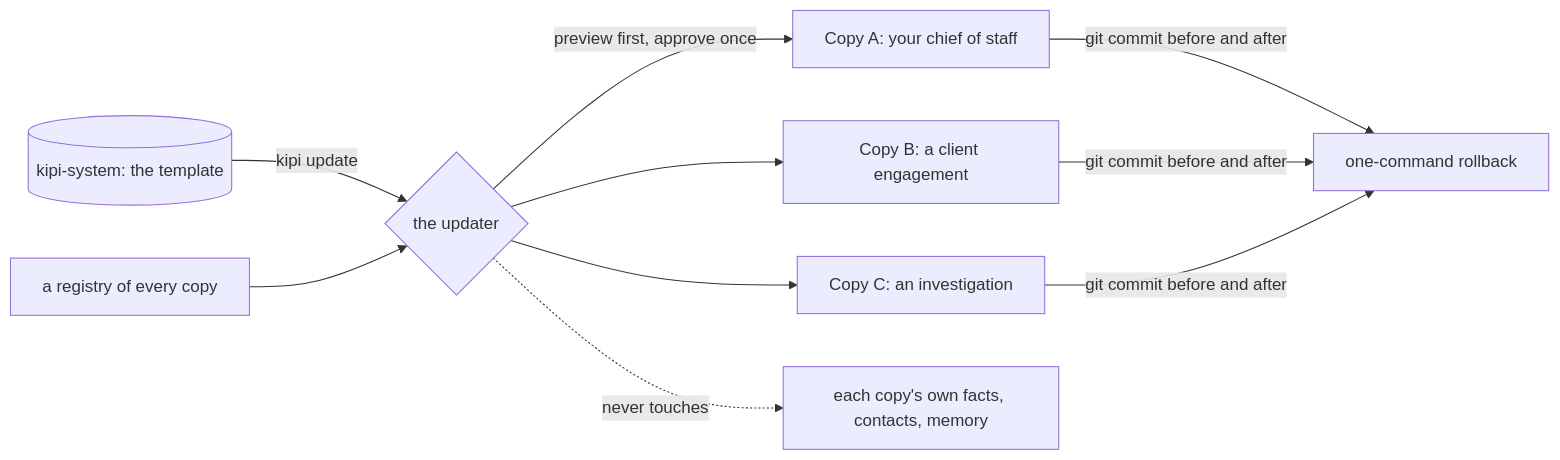
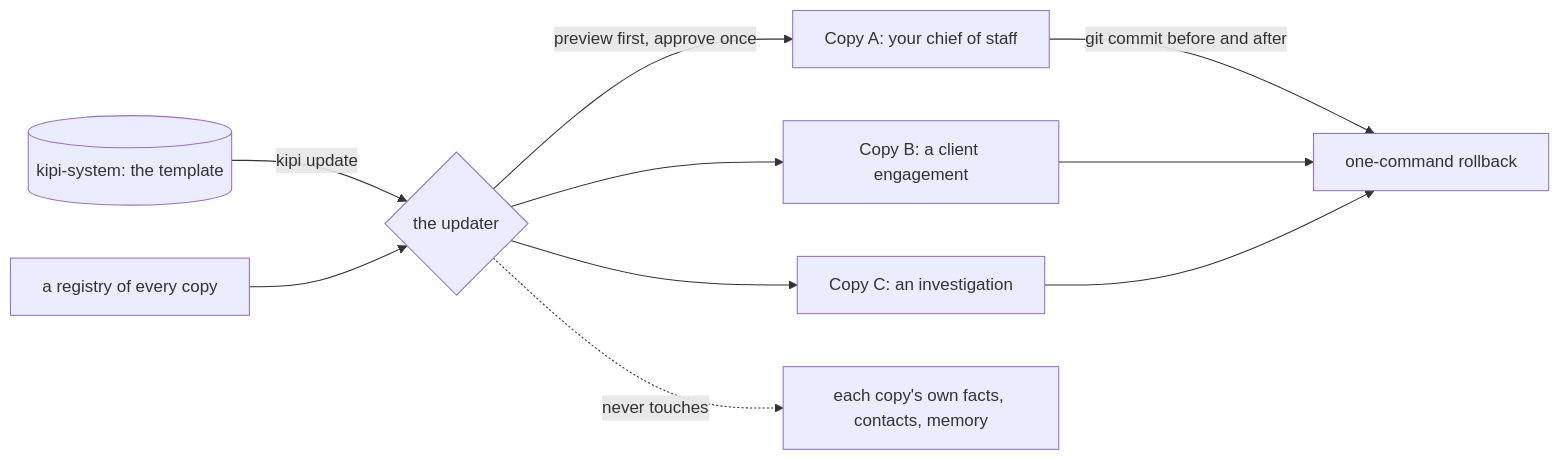
Before and after one commit to assafkip/kipi-system: the seventh of 7 diagrams in README.md, drawn with Mermaid. The commit also changed other lines of this file, not shown here.

````diff
--- a/README.md
+++ b/README.md
@@ -163,10 +246,12 @@
 ```mermaid
 flowchart LR
-    SK[(kipi-system: the template)] -->|kipi update| U{the updater}
-    REG[a registry of every copy] --> U
-    U -->|preview first, approve once| I1[Copy A: your chief of staff]
-    U --> I2[Copy B: a client engagement]
-    U --> I3[Copy C: an investigation]
-    U -.never touches.-> OWN[each copy's own facts, contacts, memory]
-    I1 & I2 & I3 -->|git commit before and after| RB[one-command rollback]
+    SK[("kipi-system: the template")] -->|"kipi update"| U{"the updater"}
+    REG["a registry of every copy"] --> U
+    U -->|"preview first, approve once"| I1["Copy A: your chief of staff"]
+    U --> I2["Copy B: a client engagement"]
+    U --> I3["Copy C: an investigation"]
+    U -. "never touches" .-> OWN["each copy's own facts, contacts, memory"]
+    I1 -->|"git commit before and after"| RB["one-command rollback"]
+    I2 --> RB
+    I3 --> RB
 ```
````
